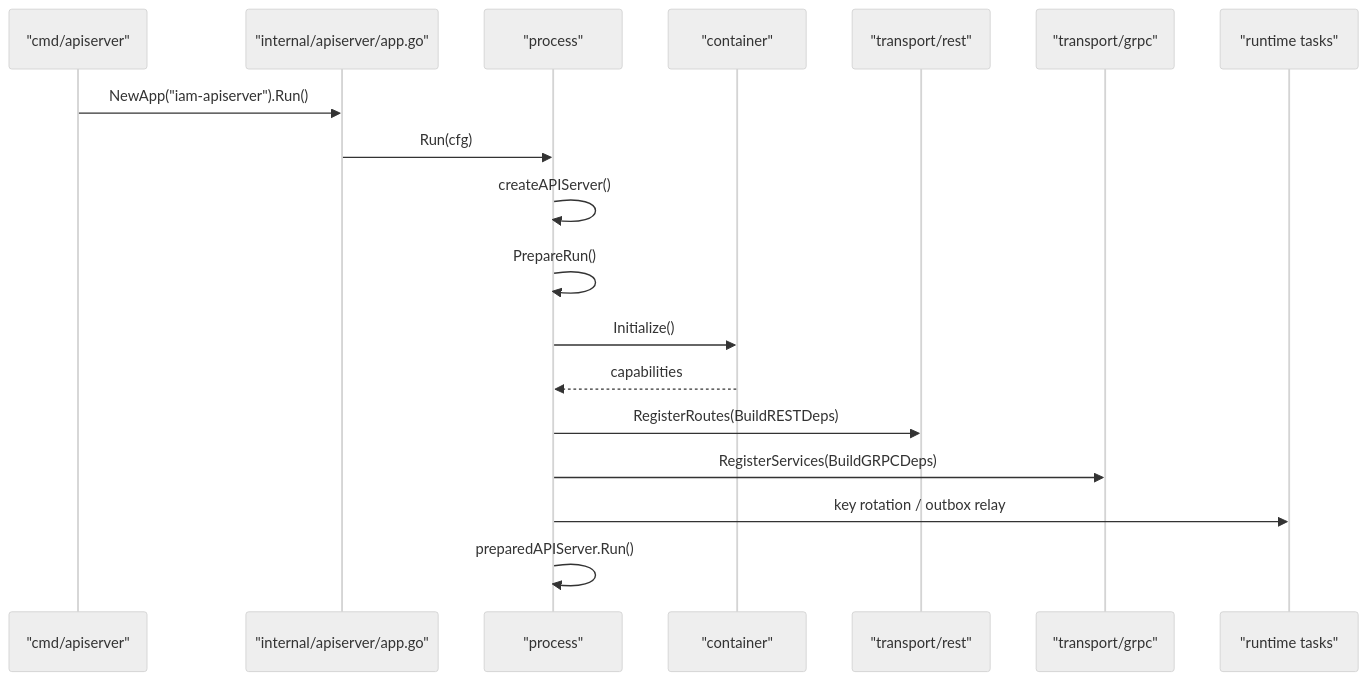
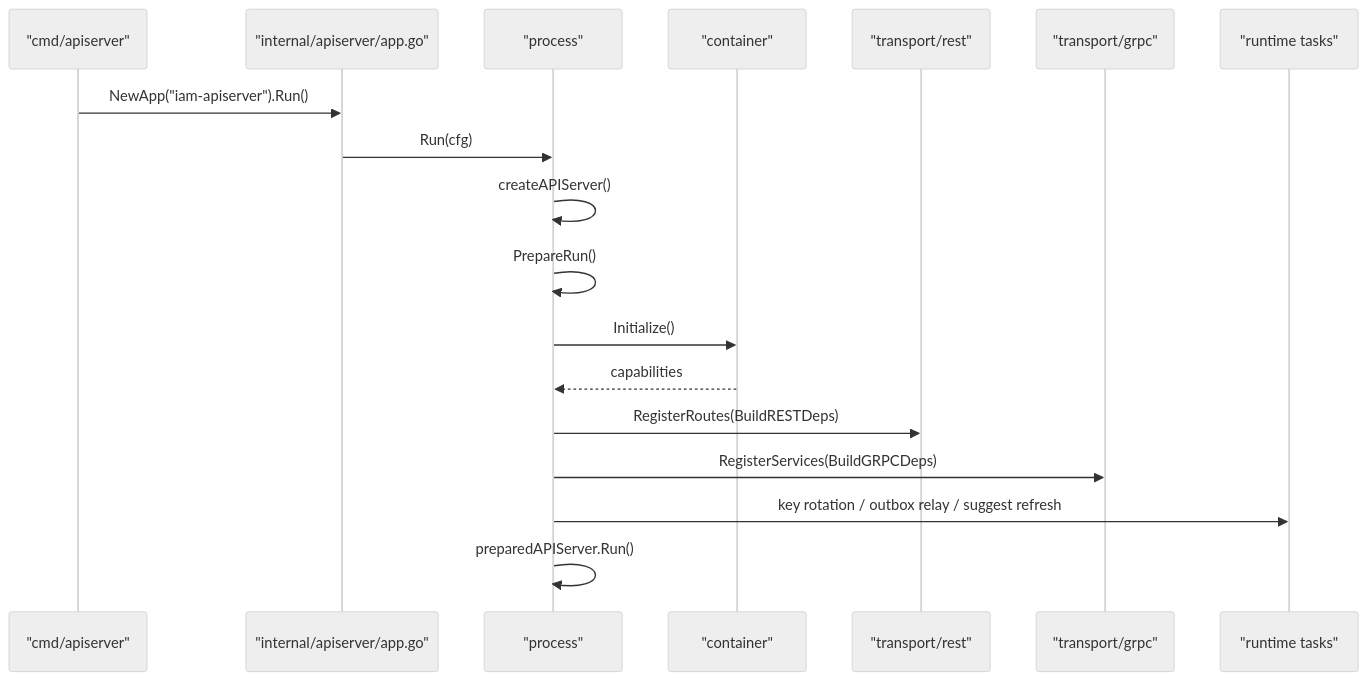
One commit to FangcunMount/iam changed the third of 3 diagrams in README.md. Above: the diagram before and after it, drawn with Mermaid (neutral theme). The commit also changed other lines of this file and 16 other files, not shown here.

````diff
--- a/README.md
+++ b/README.md
@@ -230,21 +303,21 @@
 ```mermaid
 sequenceDiagram
     participant Main as "cmd/apiserver"
     participant App as "internal/apiserver/app.go"
     participant Process as "process"
     participant Container as "container"
     participant REST as "transport/rest"
     participant GRPC as "transport/grpc"
     participant Tasks as "runtime tasks"
 
     Main->>App: NewApp("iam-apiserver").Run()
     App->>Process: Run(cfg)
     Process->>Process: createAPIServer()
     Process->>Process: PrepareRun()
     Process->>Container: Initialize()
     Container-->>Process: capabilities
     Process->>REST: RegisterRoutes(BuildRESTDeps)
     Process->>GRPC: RegisterServices(BuildGRPCDeps)
-    Process->>Tasks: key rotation / outbox relay
+    Process->>Tasks: key rotation / outbox relay / suggest refresh
     Process->>Process: preparedAPIServer.Run()
 ```
````
